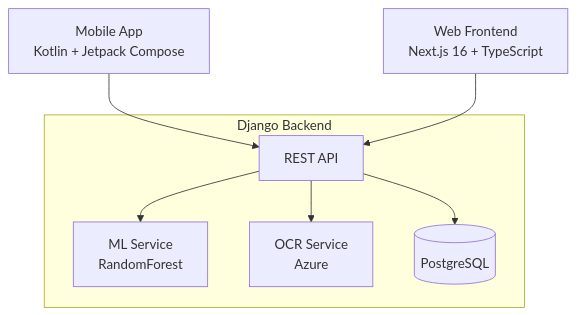
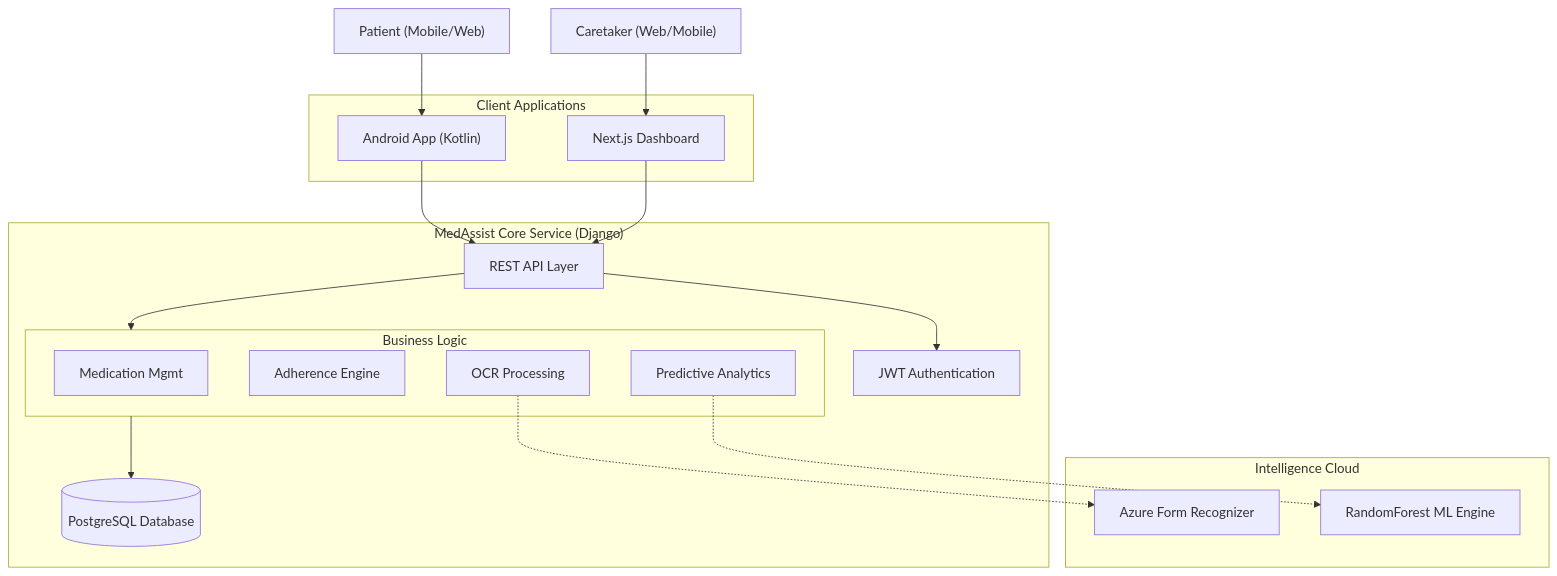
Before and after one commit to rathinadev/MedAssist: the first of 2 diagrams in README.md, drawn with Mermaid. The commit also changed other lines of this file and 1 other file, not shown here.

````diff
--- a/README.md
+++ b/README.md
@@ -7,18 +17,44 @@
 ```mermaid
 graph TD
-    Mobile["Mobile App<br/>Kotlin + Jetpack Compose"]
-    Web["Web Frontend<br/>Next.js 16 + TypeScript"]
-    
-    subgraph Backend["Django Backend"]
-        API[REST API]
-        ML[ML Service<br/>RandomForest]
-        OCR[OCR Service<br/>Azure]
-        DB[(PostgreSQL)]
+    %% Users
+    UserPat["Patient (Mobile/Web)"]
+    UserCare["Caretaker (Web/Mobile)"]
+
+    %% Entry Points
+    subgraph Clients ["Client Applications"]
+        Mobile["Android App (Kotlin)"]
+        Web["Next.js Dashboard"]
     end
-    
+
+    %% Backend Service
+    subgraph Core ["MedAssist Core Service (Django)"]
+        API["REST API Layer"]
+        Auth["JWT Authentication"]
+        
+        subgraph Logic ["Business Logic"]
+            Meds["Medication Mgmt"]
+            Adh["Adherence Engine"]
+            OCR_Logic["OCR Processing"]
+            ML_Logic["Predictive Analytics"]
+        end
+        
+        DB[("PostgreSQL Database")]
+    end
+
+    %% External Services
+    subgraph External ["Intelligence Cloud"]
+        Azure["Azure Form Recognizer"]
+        Scikit["RandomForest ML Engine"]
+    end
+
+    %% Connections
+    UserPat --> Mobile
+    UserCare --> Web
     Mobile --> API
     Web --> API
-    API --> ML
-    API --> OCR
-    API --> DB
+    API --> Auth
+    API --> Logic
+    Logic --> DB
+    OCR_Logic -.-> Azure
+    ML_Logic -.-> Scikit
 ```
````
